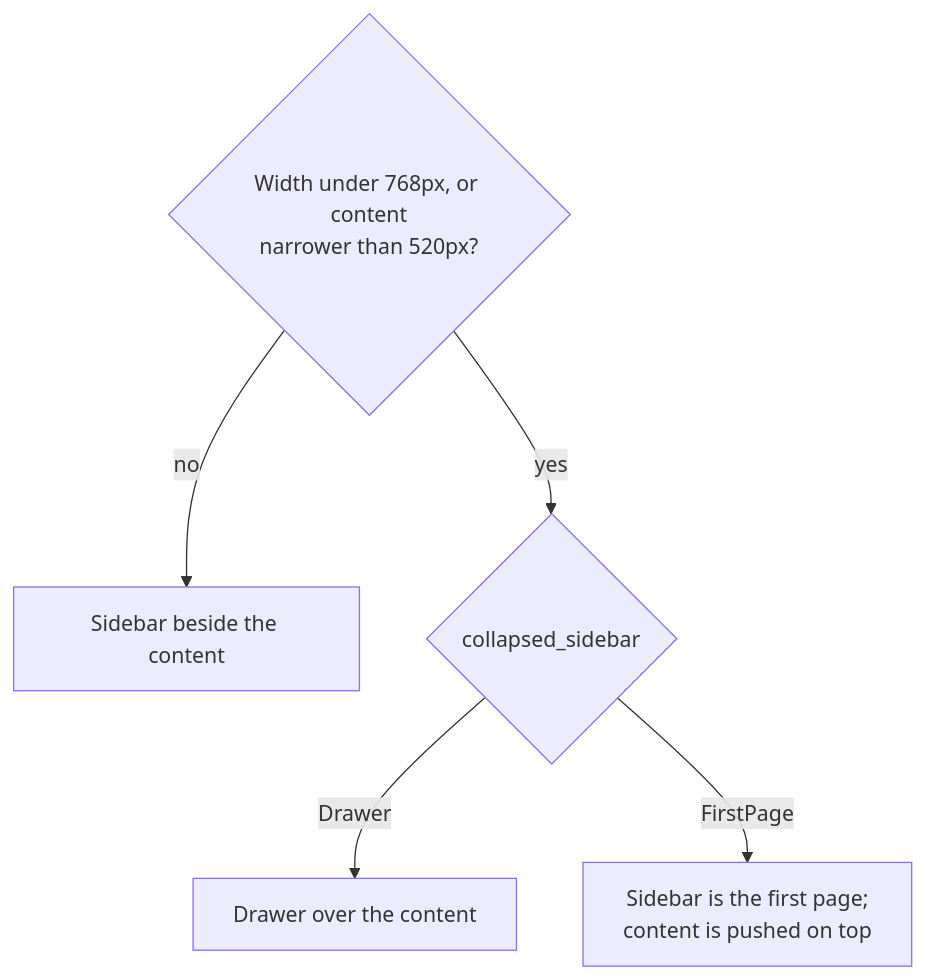
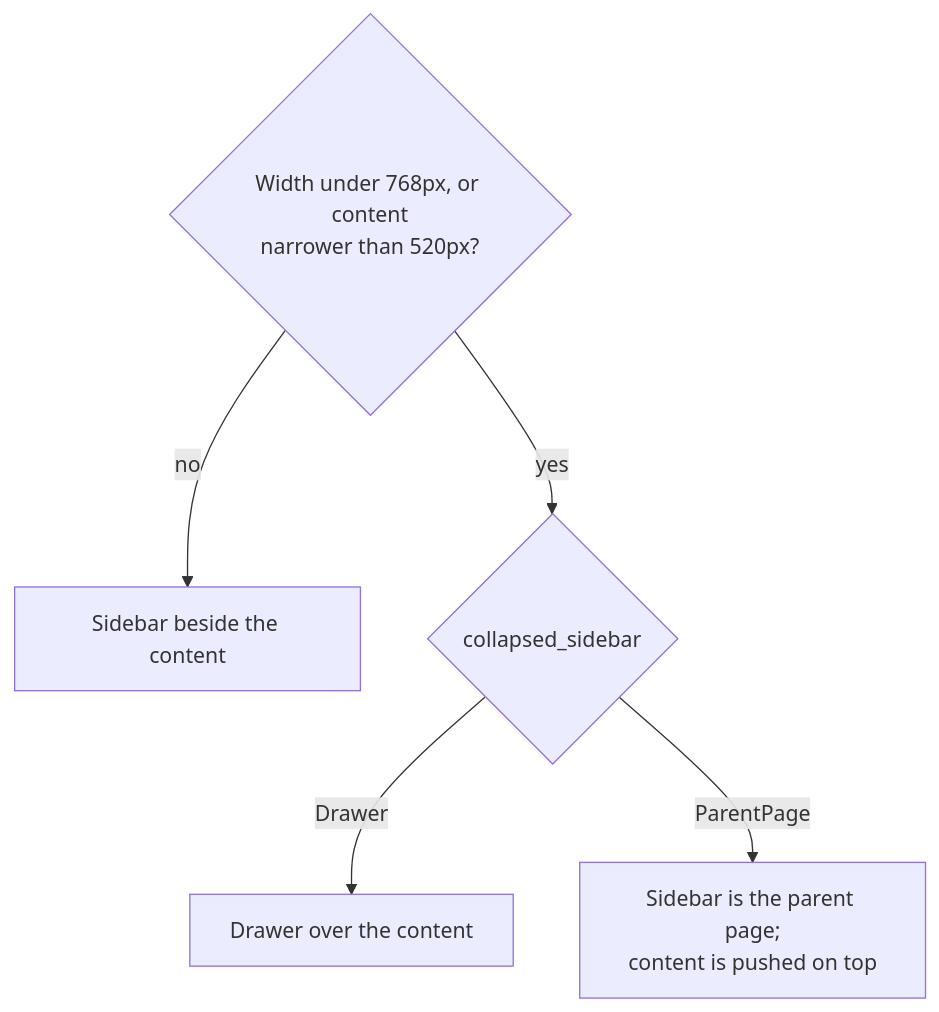
Before and after one commit to VaZark/iced-libadwaita: the diagram in docs/lib/layout.md, drawn with Mermaid. The commit also changed other lines of this file and 31 other files, not shown here.

````diff
--- a/docs/lib/layout.md
+++ b/docs/lib/layout.md
@@ -16,7 +11,7 @@
 ```mermaid
 flowchart TD
     W{"Width under 768px, or content<br/>narrower than 520px?"} -- no --> Split["Sidebar beside the content"]
     W -- yes --> M{"collapsed_sidebar"}
     M -- Drawer --> D["Drawer over the content"]
-    M -- FirstPage --> F["Sidebar is the first page;<br/>content is pushed on top"]
+    M -- ParentPage --> F["Sidebar is the parent page;<br/>content is pushed on top"]
 ```
````
